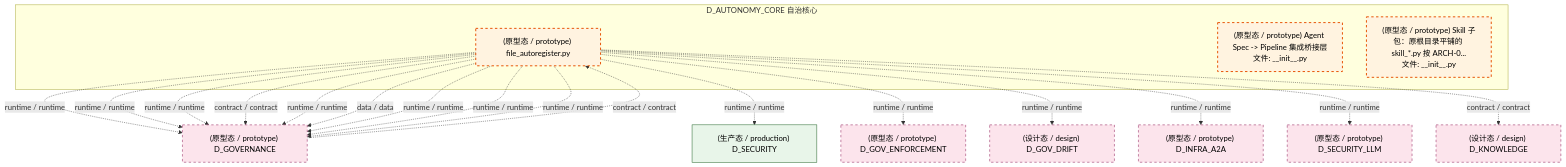
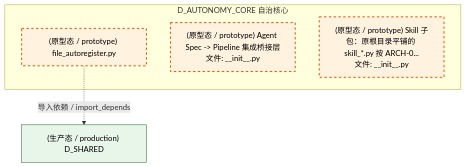
Before and after one commit to xuanFelixVan/ZephyrAlpha: the sixth of 7 diagrams in docs/02_enterprise_architecture/02_domain_architecture_docs/07_d_autonomy_core.md, drawn with Mermaid. The commit also changed other lines of this file and 99 other files, not shown here.

````diff
--- a/docs/02_enterprise_architecture/02_domain_architecture_docs/07_d_autonomy_core.md
+++ b/docs/02_enterprise_architecture/02_domain_architecture_docs/07_d_autonomy_core.md
@@ -720,38 +704,16 @@
 ```mermaid
 graph TD
     subgraph D_AUTONOMY_CORE["D_AUTONOMY_CORE 自治核心"]
         src_zephyr_autonomy_core_file_autoregister_py["(原型态 / prototype) file_autoregister.py"]
         src_zephyr_autonomy_core_integration_init_py["(原型态 / prototype) Agent Spec -> Pipeline 集成桥接层<br/>文件: __init__.py"]
         src_zephyr_autonomy_core_skills_init_py["(原型态 / prototype) Skill 子包：原根目录平铺的 skill_*.py 按 ARCH-0...<br/>文件: __init__.py"]
     end
-    D_GOVERNANCE["(原型态 / prototype) D_GOVERNANCE"]
-    src_zephyr_autonomy_core_file_autoregister_py -.->|runtime / runtime| D_GOVERNANCE
-    src_zephyr_autonomy_core_file_autoregister_py -.->|runtime / runtime| D_GOVERNANCE
-    src_zephyr_autonomy_core_file_autoregister_py -.->|runtime / runtime| D_GOVERNANCE
-    D_SECURITY["(生产态 / production) D_SECURITY"]
-    src_zephyr_autonomy_core_file_autoregister_py -.->|runtime / runtime| D_SECURITY
-    D_GOV_ENFORCEMENT["(原型态 / prototype) D_GOV_ENFORCEMENT"]
-    src_zephyr_autonomy_core_file_autoregister_py -.->|runtime / runtime| D_GOV_ENFORCEMENT
-    D_GOV_DRIFT["(设计态 / design) D_GOV_DRIFT"]
-    src_zephyr_autonomy_core_file_autoregister_py -.->|runtime / runtime| D_GOV_DRIFT
-    D_INFRA_A2A["(原型态 / prototype) D_INFRA_A2A"]
-    src_zephyr_autonomy_core_file_autoregister_py -.->|runtime / runtime| D_INFRA_A2A
-    src_zephyr_autonomy_core_file_autoregister_py -.->|contract / contract| D_GOVERNANCE
-    src_zephyr_autonomy_core_file_autoregister_py -.->|runtime / runtime| D_GOVERNANCE
-    src_zephyr_autonomy_core_file_autoregister_py -.->|data / data| D_GOVERNANCE
-    D_SECURITY_LLM["(原型态 / prototype) D_SECURITY_LLM"]
-    src_zephyr_autonomy_core_file_autoregister_py -.->|runtime / runtime| D_SECURITY_LLM
-    src_zephyr_autonomy_core_file_autoregister_py -.->|runtime / runtime| D_GOVERNANCE
-    src_zephyr_autonomy_core_file_autoregister_py -.->|runtime / runtime| D_GOVERNANCE
-    src_zephyr_autonomy_core_file_autoregister_py -.->|runtime / runtime| D_GOVERNANCE
-    D_KNOWLEDGE["(设计态 / design) D_KNOWLEDGE"]
-    src_zephyr_autonomy_core_file_autoregister_py -.->|contract / contract| D_KNOWLEDGE
-    D_GOVERNANCE -.->|contract / contract| src_zephyr_autonomy_core_file_autoregister_py
+    D_SHARED["(生产态 / production) D_SHARED"]
+    src_zephyr_autonomy_core_file_autoregister_py -.->|导入依赖 / import_depends| D_SHARED
     classDef production fill:#e1f5fe,stroke:#01579b,stroke-width:2px,color:#000
     classDef design fill:#fff3e0,stroke:#e65100,stroke-width:2px,color:#000,stroke-dasharray: 5 5
     classDef external_prod fill:#e8f5e9,stroke:#1b5e20,stroke-width:1px,color:#000
     classDef external_design fill:#fce4ec,stroke:#880e4f,stroke-width:1px,color:#000,stroke-dasharray: 5 5
     class src_zephyr_autonomy_core_file_autoregister_py,src_zephyr_autonomy_core_integration_init_py,src_zephyr_autonomy_core_skills_init_py design
-    class D_SECURITY external_prod
-    class D_GOVERNANCE,D_GOV_ENFORCEMENT,D_GOV_DRIFT,D_INFRA_A2A,D_SECURITY_LLM,D_KNOWLEDGE external_design
+    class D_SHARED external_prod
 ```
````
